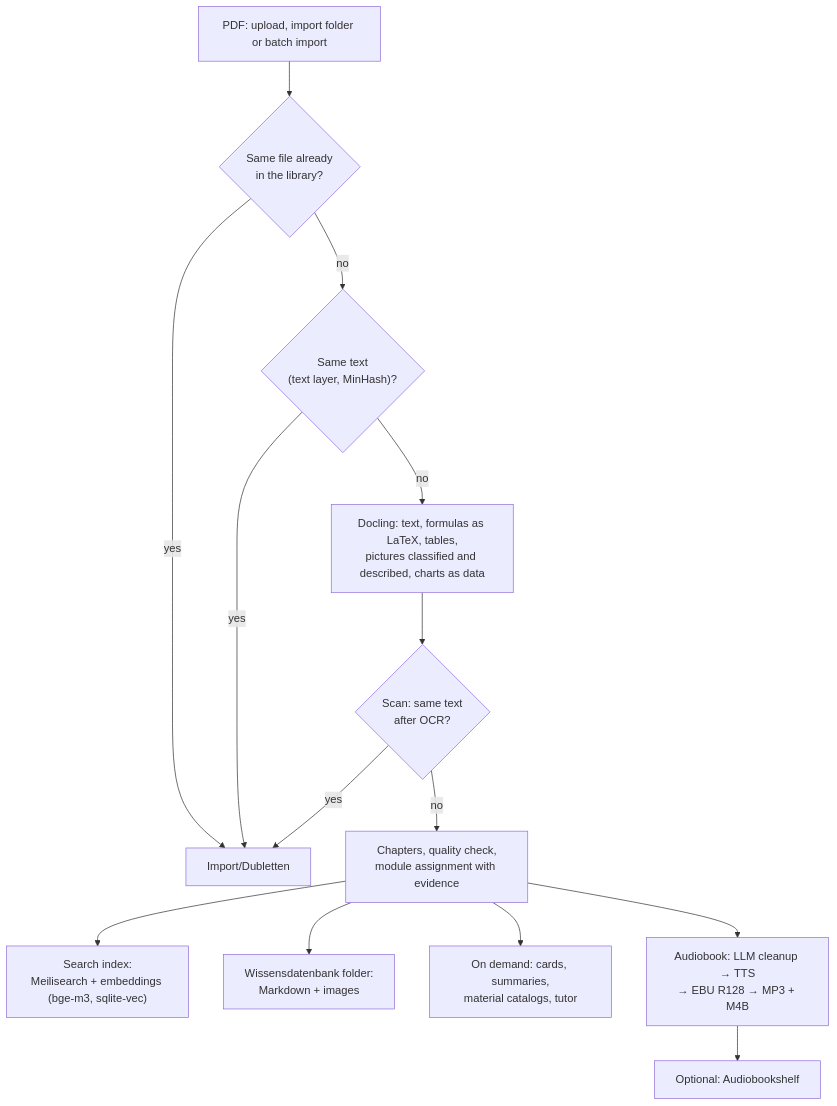
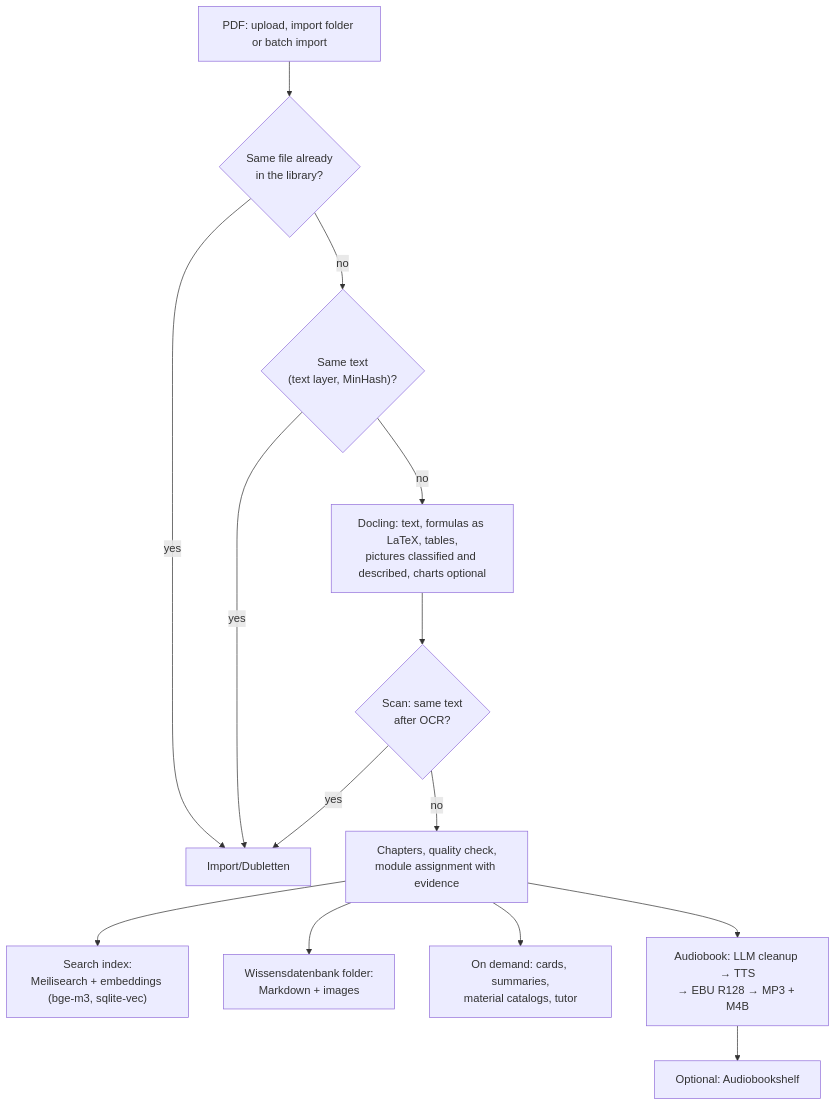
The second of 2 diagrams in README.md (TheInGoF/PageMentor-dev), drawn with Mermaid before and after one commit. The commit also changed other lines of this file and 15 other files, not shown here.

First line of the commit message:
v1.21.2 — Docling: weniger Grafikspeicher, Diagramme nur auf Wunsch

````diff
--- a/README.md
+++ b/README.md
@@ -197,16 +197,16 @@
 ```mermaid
 flowchart TD
   IN["PDF: upload, import folder or batch import"] --> D1{"Same file already<br/>in the library?"}
   D1 -- yes --> DUP["Import/Dubletten"]
   D1 -- no --> D2{"Same text<br/>(text layer, MinHash)?"}
   D2 -- yes --> DUP
-  D2 -- no --> DOC["Docling: text, formulas as LaTeX, tables,<br/>pictures classified and described, charts as data"]
+  D2 -- no --> DOC["Docling: text, formulas as LaTeX, tables,<br/>pictures classified and described, charts optional"]
   DOC --> D3{"Scan: same text<br/>after OCR?"}
   D3 -- yes --> DUP
   D3 -- no --> CH["Chapters, quality check,<br/>module assignment with evidence"]
   CH --> IDX["Search index:<br/>Meilisearch + embeddings (bge-m3, sqlite-vec)"]
   CH --> KB["Wissensdatenbank folder:<br/>Markdown + images"]
   CH --> ON["On demand: cards, summaries,<br/>material catalogs, tutor"]
   CH --> AUD["Audiobook: LLM cleanup → TTS<br/>→ EBU R128 → MP3 + M4B"]
   AUD --> ABS["Optional: Audiobookshelf"]
 ```
````
